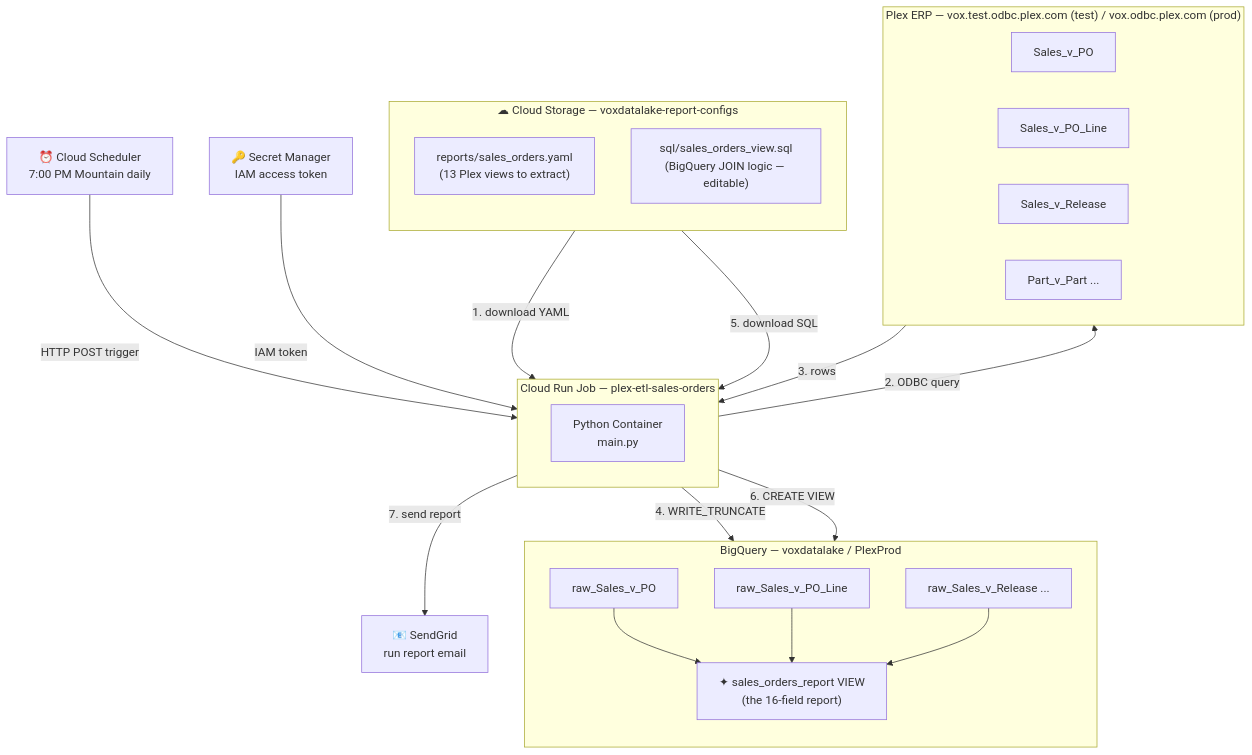
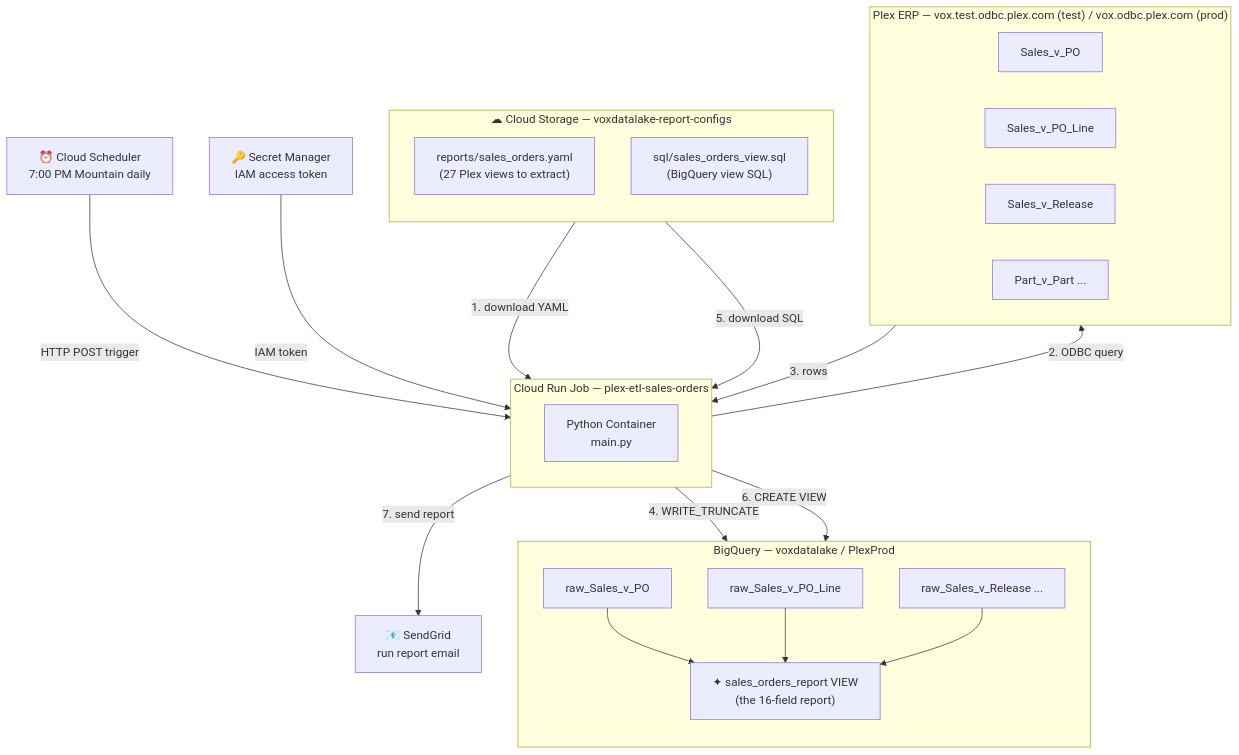
Before and after one commit to Parasol-Group-Inc/plex-to-big-query: the first of 3 diagrams in docs/CHEATSHEET.md, drawn with Mermaid. The commit also changed other lines of this file, not shown here.

````diff
--- a/docs/CHEATSHEET.md
+++ b/docs/CHEATSHEET.md
@@ -23,45 +243,45 @@
 ```mermaid
 graph TB
     subgraph GCS["☁ Cloud Storage — voxdatalake-report-configs"]
         direction TB
-        YAML["reports/sales_orders.yaml\n(13 Plex views to extract)"]
-        SQL["sql/sales_orders_view.sql\n(BigQuery JOIN logic — editable)"]
+        YAML["reports/sales_orders.yaml\n(27 Plex views to extract)"]
+        SQL["sql/sales_orders_view.sql\n(BigQuery view SQL)"]
     end
 
     subgraph CR["Cloud Run Job — plex-etl-sales-orders"]
         CONTAINER["Python Container\nmain.py"]
     end
 
     subgraph PLEX["Plex ERP — vox.test.odbc.plex.com (test) / vox.odbc.plex.com (prod)"]
         direction LR
         V1["Sales_v_PO"]
         V2["Sales_v_PO_Line"]
         V3["Sales_v_Release"]
         V4["Part_v_Part ..."]
     end
 
     subgraph BQ["BigQuery — voxdatalake / PlexProd"]
         direction TB
         T1["raw_Sales_v_PO"]
         T2["raw_Sales_v_PO_Line"]
         T3["raw_Sales_v_Release ..."]
         VIEW["✦ sales_orders_report VIEW\n(the 16-field report)"]
         T1 --> VIEW
         T2 --> VIEW
         T3 --> VIEW
     end
 
     SM["🔑 Secret Manager\nIAM access token"]
     SCHED["⏰ Cloud Scheduler\n7:00 PM Mountain daily"]
     EMAIL["📧 SendGrid\nrun report email"]
 
     SCHED -->|"HTTP POST trigger"| CR
     SM -->|"IAM token"| CR
     GCS -->|"1. download YAML"| CR
     CR -->|"2. ODBC query"| PLEX
     PLEX -->|"3. rows"| CR
     CR -->|"4. WRITE_TRUNCATE"| BQ
     GCS -->|"5. download SQL"| CR
     CR -->|"6. CREATE VIEW"| VIEW
     CR -->|"7. send report"| EMAIL
 ```
````
